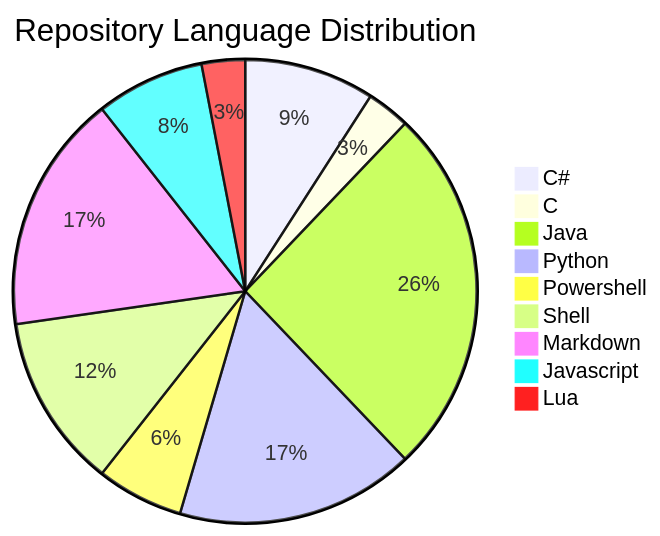
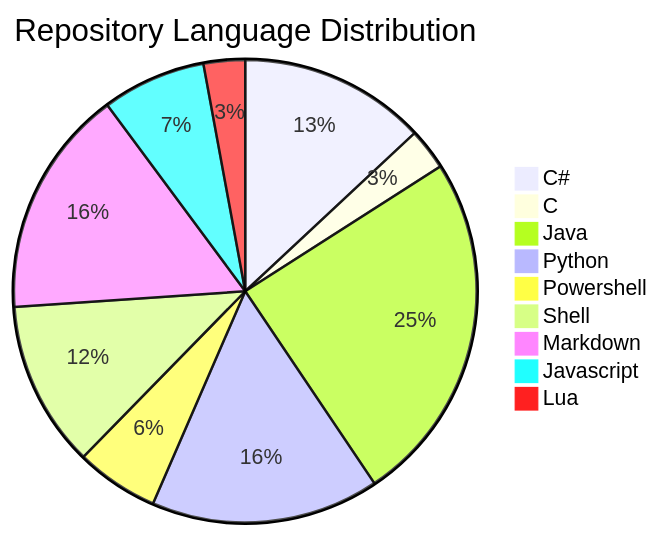
Before and after one commit to F4NT0/F4NT0: the diagram in README.md, drawn with Mermaid.

````diff
--- a/README.md
+++ b/README.md
@@ -36,12 +36,12 @@
 ```mermaid
 pie title Repository Language Distribution
-    "C#" : 6
+    "C#" : 9
     "C": 2
     "Java" : 17
     "Python" : 11
     "Powershell" : 4
     "Shell" : 8
     "Markdown" : 11
     "Javascript" : 5
     "Lua": 2
 ```
````
